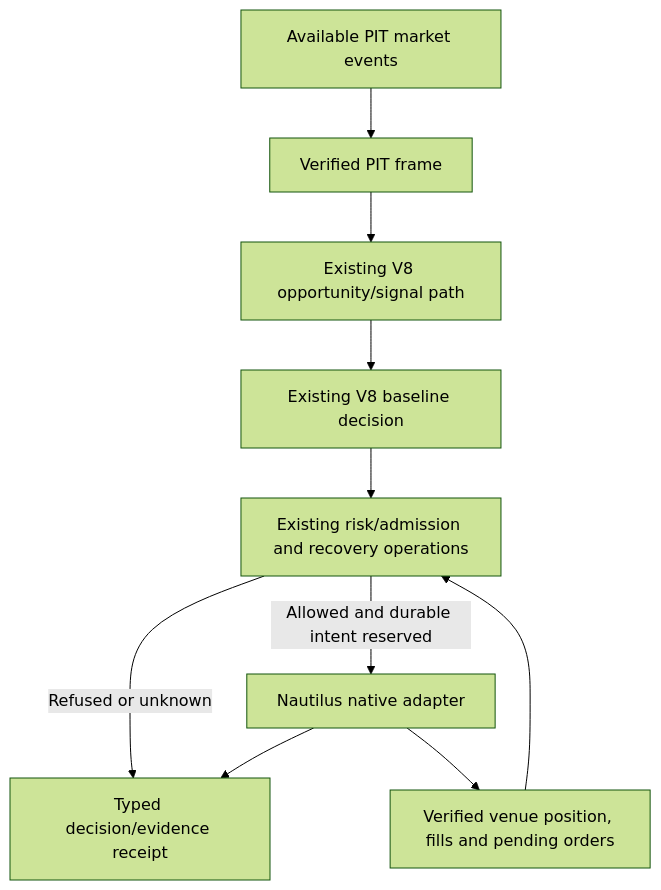
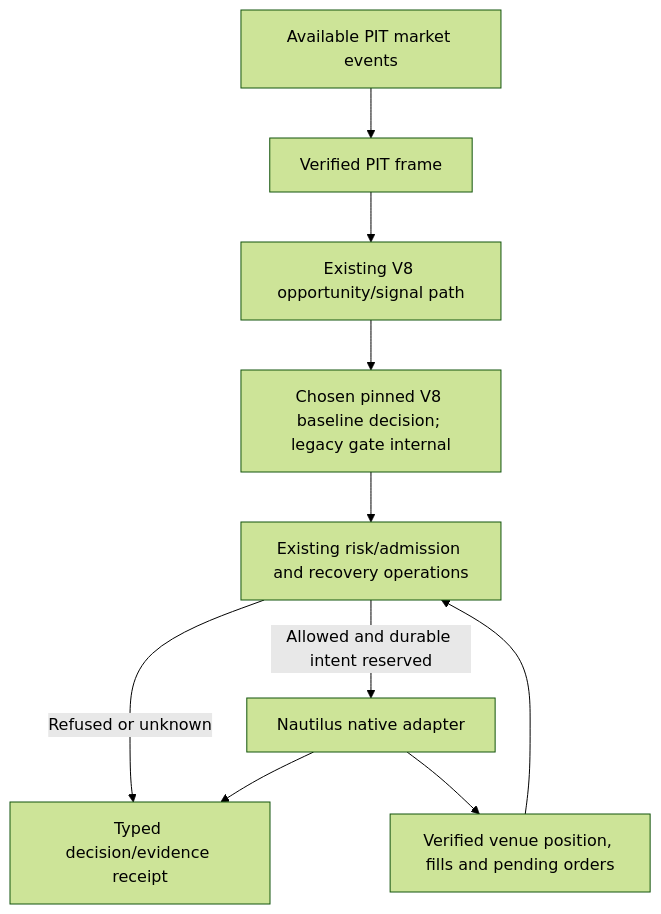
Before and after one commit to ddawnlll/v8: the first of 3 diagrams in docs/v9/V9_ARCHITECTURE_MONOGRAPH.md, drawn with Mermaid (forest theme). The commit also changed other lines of this file, not shown here.

Commit message:
docs(v9): finalize RFC 1.3.1 baseline parity, pure policy and scoped P0 gates

````diff
--- a/docs/v9/V9_ARCHITECTURE_MONOGRAPH.md
+++ b/docs/v9/V9_ARCHITECTURE_MONOGRAPH.md
@@ -313,12 +323,12 @@
 ```mermaid
 flowchart TD
   M[Available PIT market events] --> F[Verified PIT frame]
   F --> O[Existing V8 opportunity/signal path]
-  O --> V[Existing V8 baseline decision]
+  O --> V[Chosen pinned V8 baseline decision; legacy gate internal]
   N[Verified venue position, fills and pending orders] --> R[Existing risk/admission and recovery operations]
   V --> R
   R -->|Allowed and durable intent reserved| A[Nautilus native adapter]
   R -->|Refused or unknown| E[Typed decision/evidence receipt]
   A --> E
   A --> N
 ```
````
